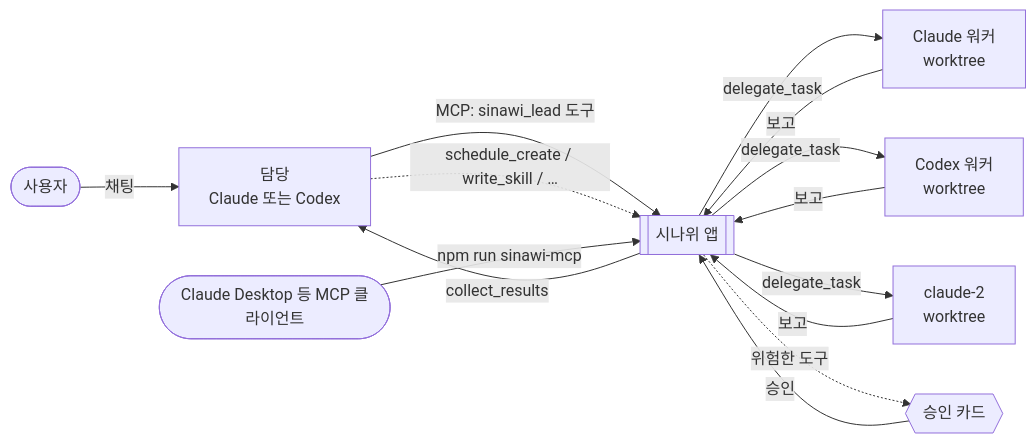
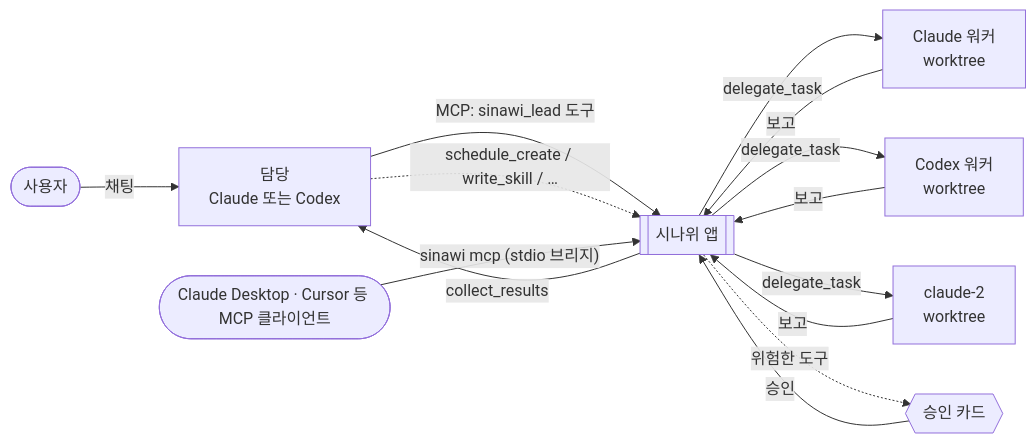
One commit to Rakmlabs/sinawi changed the diagram in README.ko.md. Above: the diagram before and after it, drawn with Mermaid. The commit also changed other lines of this file and 37 other files, not shown here.

Commit message:
Connect Claude Desktop or Cursor in one click, bridge ships inside the app, npx sinawi installs it; README prompts and English screenshots

````diff
--- a/README.ko.md
+++ b/README.ko.md
@@ -91,14 +91,14 @@
 ```mermaid
 flowchart LR
     U([사용자]) -- 채팅 --> L["담당<br/>Claude 또는 Codex"]
     L -- "MCP: sinawi_lead 도구" --> S[[시나위 앱]]
     S -- delegate_task --> W1["Claude 워커<br/>worktree"]
     S -- delegate_task --> W2["Codex 워커<br/>worktree"]
     S -- delegate_task --> W3["claude-2<br/>worktree"]
     W1 & W2 & W3 -- 보고 --> S
     S -- collect_results --> L
     L -. "schedule_create / write_skill / …" .-> S
     S -. "위험한 도구" .-> A{{승인 카드}}
     A -- 승인 --> S
-    X([Claude Desktop 등 MCP 클라이언트]) -- "npm run sinawi-mcp" --> S
+    X([Claude Desktop · Cursor 등 MCP 클라이언트]) -- "sinawi mcp (stdio 브리지)" --> S
 ```
````
